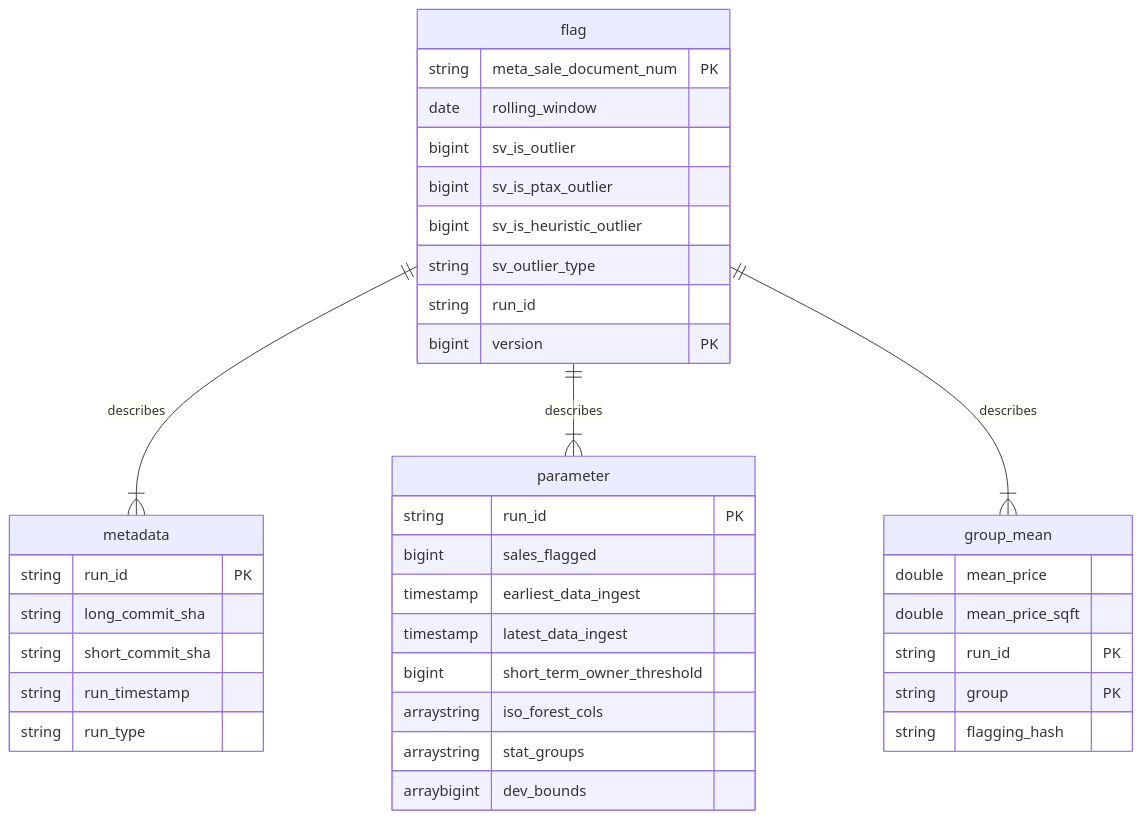
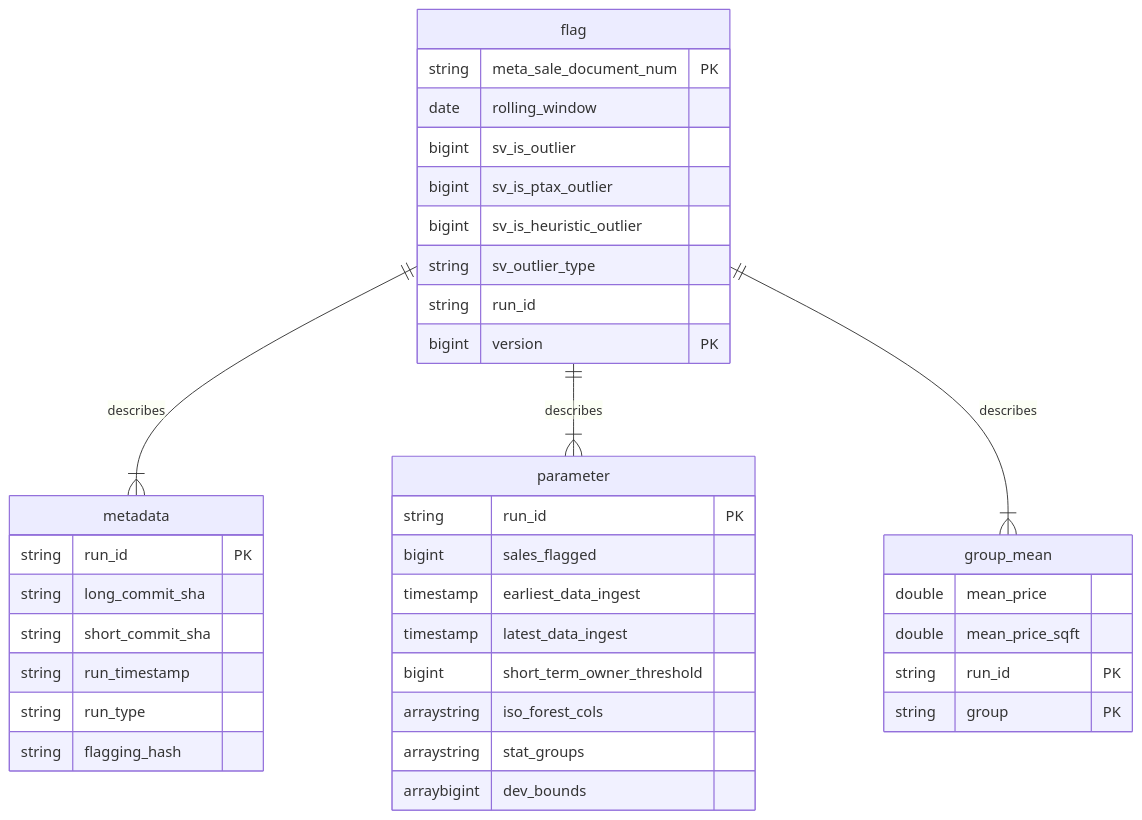
Before and after one commit to ccao-data/model-sales-val: the diagram in README.md, drawn with Mermaid. The commit also changed other lines of this file, not shown here.

````diff
--- a/README.md
+++ b/README.md
@@ -27,43 +27,43 @@
 ``` mermaid
 erDiagram
     flag ||--|{ metadata : describes
     flag ||--|{ parameter : describes
     flag ||--|{ group_mean : describes
     
     flag {
         string meta_sale_document_num PK
         date rolling_window
         bigint sv_is_outlier
         bigint sv_is_ptax_outlier
         bigint sv_is_heuristic_outlier
         string sv_outlier_type
         string run_id 
         bigint version PK
 
     }
     metadata {
         string run_id PK
         string long_commit_sha
         string short_commit_sha
         string run_timestamp
         string run_type
+        string flagging_hash
     }
     parameter {
         string run_id PK
         bigint sales_flagged
         timestamp earliest_data_ingest
         timestamp latest_data_ingest 
         bigint short_term_owner_threshold
         arraystring iso_forest_cols
         arraystring stat_groups
         arraybigint dev_bounds
     }
 
     group_mean {
         double mean_price
         double mean_price_sqft
         string run_id PK
         string group PK
-        string flagging_hash
     }
 ```
````
